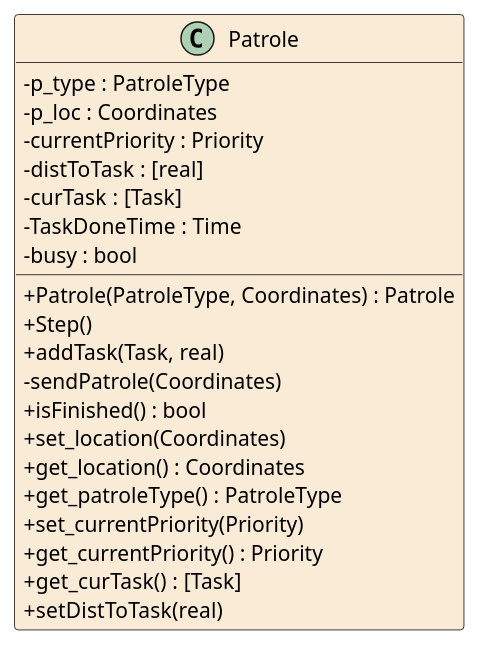
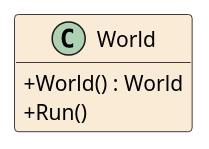
One commit to Theblackdove/MCS_project changed the diagram in PoliceCentral/.generated/vdm2uml/test.puml. Above: the diagram before and after it, drawn with PlantUML. The commit also changed 14 other files, not shown here.

```diff
--- a/PoliceCentral/.generated/vdm2uml/test.puml
+++ b/PoliceCentral/.generated/vdm2uml/test.puml
@@ -1,35 +1,19 @@
 hide empty members
 
 skinparam Shadowing false
 skinparam classAttributeIconSize 0
 skinparam ClassBorderThickness 0.5
 skinparam groupInheritance 5
 skinparam class {
 	BackgroundColor AntiqueWhite
 	ArrowColor Black
 	BorderColor Black
 }
 skinparam defaultTextAlignment center
 
-class Patrole
-	{
-		-p_type : PatroleType
-		-p_loc : Coordinates 
-		-currentPriority : Priority
-		-distToTask : [real]
-		-curTask : [Task]
-		-TaskDoneTime : Time
-		-busy : bool
-		+Patrole(PatroleType, Coordinates) : Patrole
-		+Step()
-		+addTask(Task, real)
-		-sendPatrole(Coordinates)
-		+isFinished() : bool
-		+set_location(Coordinates)
-		+get_location() : Coordinates 
-		+get_patroleType() : PatroleType
-		+set_currentPriority(Priority)
-		+get_currentPriority() : Priority
-		+get_curTask() : [Task]
-		+setDistToTask(real)
-	}
+
+class World
+{
+	+World() : World
+	+Run()
+}
```
